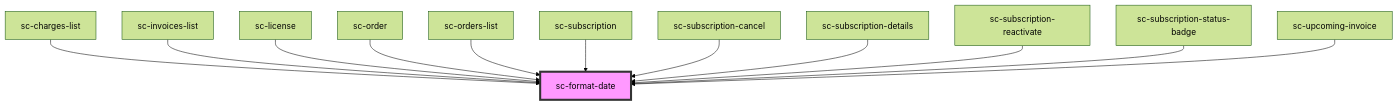
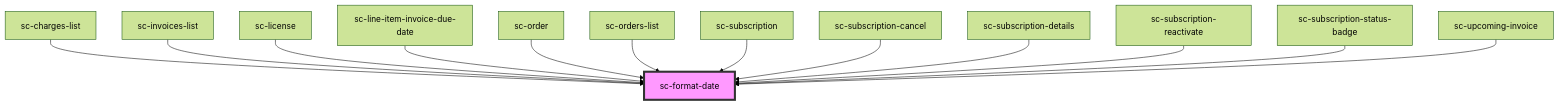
Before and after one commit to surecart/surecart-wp-plugin: the diagram in packages/components/src/components/util/format-date/readme.md, drawn with Mermaid (forest theme). The commit also changed other lines of this file and 16 other files, not shown here.

````diff
--- a/packages/components/src/components/util/format-date/readme.md
+++ b/packages/components/src/components/util/format-date/readme.md
@@ -45,15 +46,16 @@
 ```mermaid
 graph TD;
   sc-charges-list --> sc-format-date
   sc-invoices-list --> sc-format-date
   sc-license --> sc-format-date
+  sc-line-item-invoice-due-date --> sc-format-date
   sc-order --> sc-format-date
   sc-orders-list --> sc-format-date
   sc-subscription --> sc-format-date
   sc-subscription-cancel --> sc-format-date
   sc-subscription-details --> sc-format-date
   sc-subscription-reactivate --> sc-format-date
   sc-subscription-status-badge --> sc-format-date
   sc-upcoming-invoice --> sc-format-date
   style sc-format-date fill:#f9f,stroke:#333,stroke-width:4px
 ```
````
